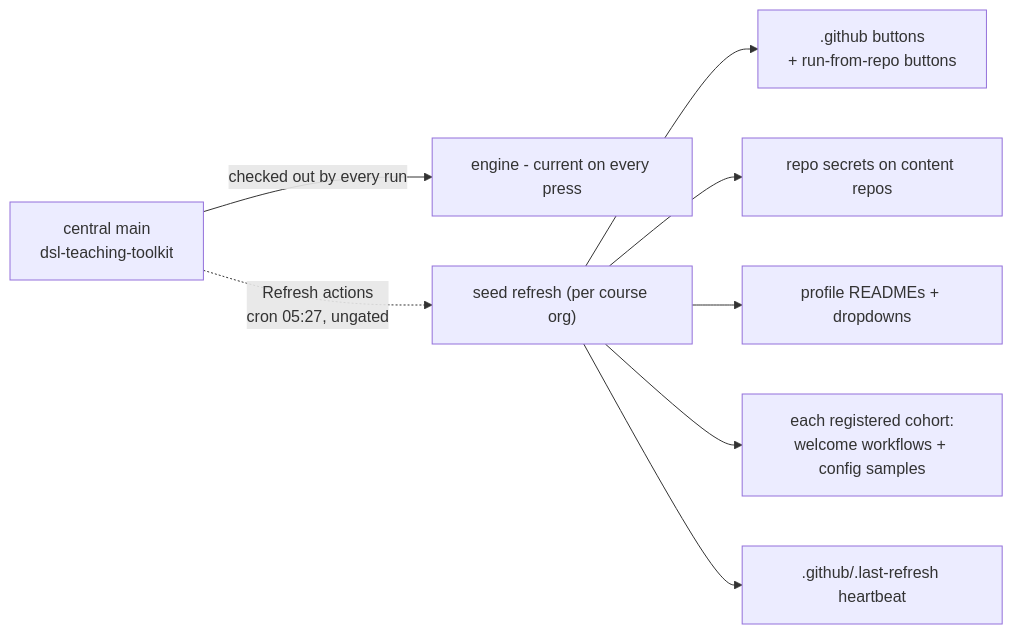
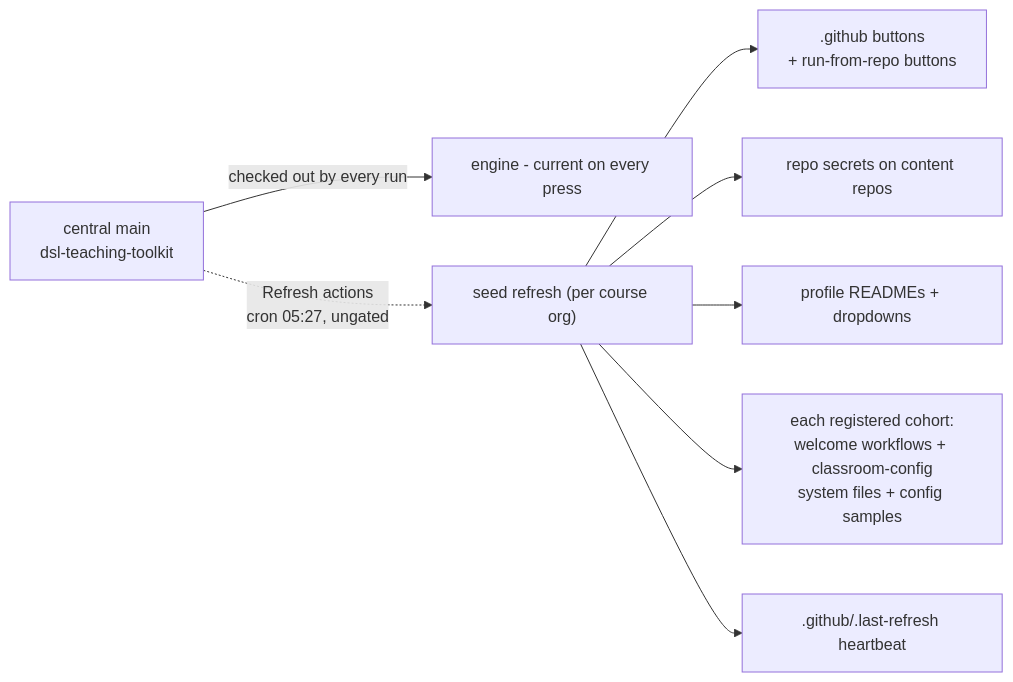
One commit to hertie-data-science-lab/dsl-teaching-course-setup changed the eighth of 10 diagrams in docs-admin-arch/architecture.md. Above: the diagram before and after it, drawn with Mermaid. The commit also changed other lines of this file, not shown here.

````diff
--- a/docs-admin-arch/architecture.md
+++ b/docs-admin-arch/architecture.md
@@ -441,15 +443,16 @@
 ```mermaid
 flowchart LR
   c["`central main
 dsl-teaching-toolkit`"]
   c -->|"checked out by every run"| eng["engine - current on every press"]
   c -.->|"`Refresh actions
 cron 05:27, ungated`"| sr["seed refresh (per course org)"]
   sr --> w["`.github buttons
 + run-from-repo buttons`"]
   sr --> sec["repo secrets on content repos"]
   sr --> pr["profile READMEs + dropdowns"]
   sr --> coh["`each registered cohort:
-welcome workflows + config samples`"]
+welcome workflows + classroom-config
+system files + config samples`"]
   sr --> hb[".github/.last-refresh heartbeat"]
 ```
````
